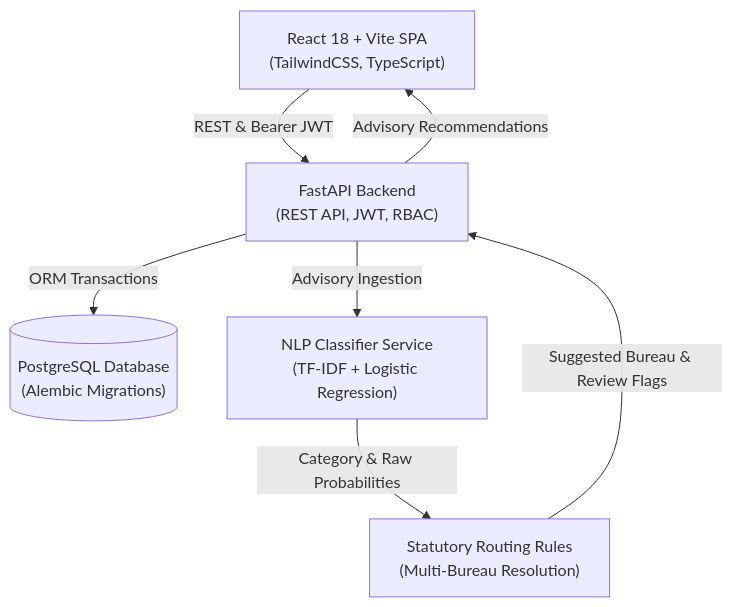
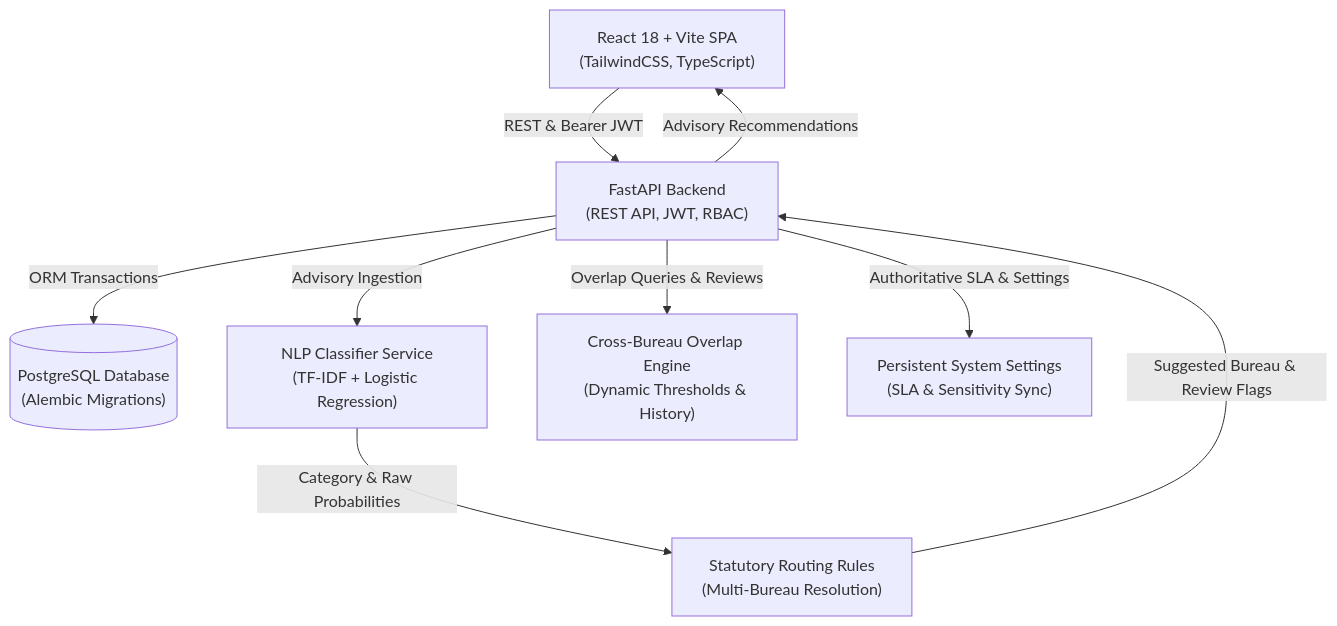
One commit to Mohak-singh-dev/Abhigyan changed the diagram in README.md. Above: the diagram before and after it, drawn with Mermaid. The commit also changed other lines of this file and 44 other files, not shown here.

````diff
--- a/README.md
+++ b/README.md
@@ -18,15 +22,19 @@
 ```mermaid
 graph TD
     Client["React 18 + Vite SPA<br/>(TailwindCSS, TypeScript)"]
     API["FastAPI Backend<br/>(REST API, JWT, RBAC)"]
     DB[("PostgreSQL Database<br/>(Alembic Migrations)")]
     ML["NLP Classifier Service<br/>(TF-IDF + Logistic Regression)"]
     Rules["Statutory Routing Rules<br/>(Multi-Bureau Resolution)"]
+    Overlaps["Cross-Bureau Overlap Engine<br/>(Dynamic Thresholds & History)"]
+    Settings["Persistent System Settings<br/>(SLA & Sensitivity Sync)"]
 
     Client -->|REST & Bearer JWT| API
     API -->|ORM Transactions| DB
     API -->|Advisory Ingestion| ML
     ML -->|Category & Raw Probabilities| Rules
     Rules -->|Suggested Bureau & Review Flags| API
+    API -->|Overlap Queries & Reviews| Overlaps
+    API -->|Authoritative SLA & Settings| Settings
     API -->|Advisory Recommendations| Client
 ```
````
